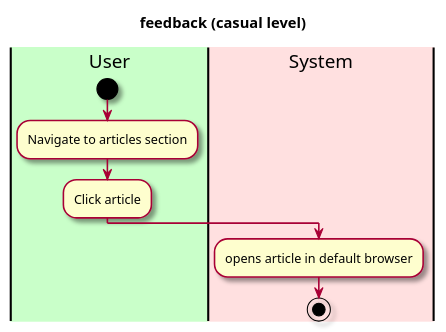
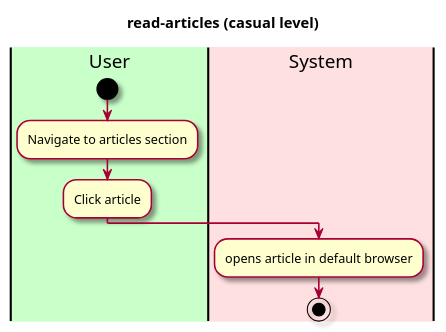
The diagram in intellij/doc/use-cases/use-case-read-articles.md (EzekielEkanem/team-1d), drawn with PlantUML before and after one commit. The commit also changed other lines of this file and 10 other files, not shown here.

````diff
--- a/intellij/doc/use-cases/use-case-read-articles.md
+++ b/intellij/doc/use-cases/use-case-read-articles.md
@@ -22,30 +22,30 @@
 ```plantuml
 @startuml
 
 skin rose
 
-title feedback (casual level)
+title read-articles (casual level)
 
 'define the lanes
 
 |#technology|User|
 |#implementation|System|
 
 
 |User|
 
 start
 
 :Navigate to articles section;
 
 :Click article;
 
 |System|
 
 :opens article in default browser;
     
 
 
 stop
 @enduml
 ```
````
